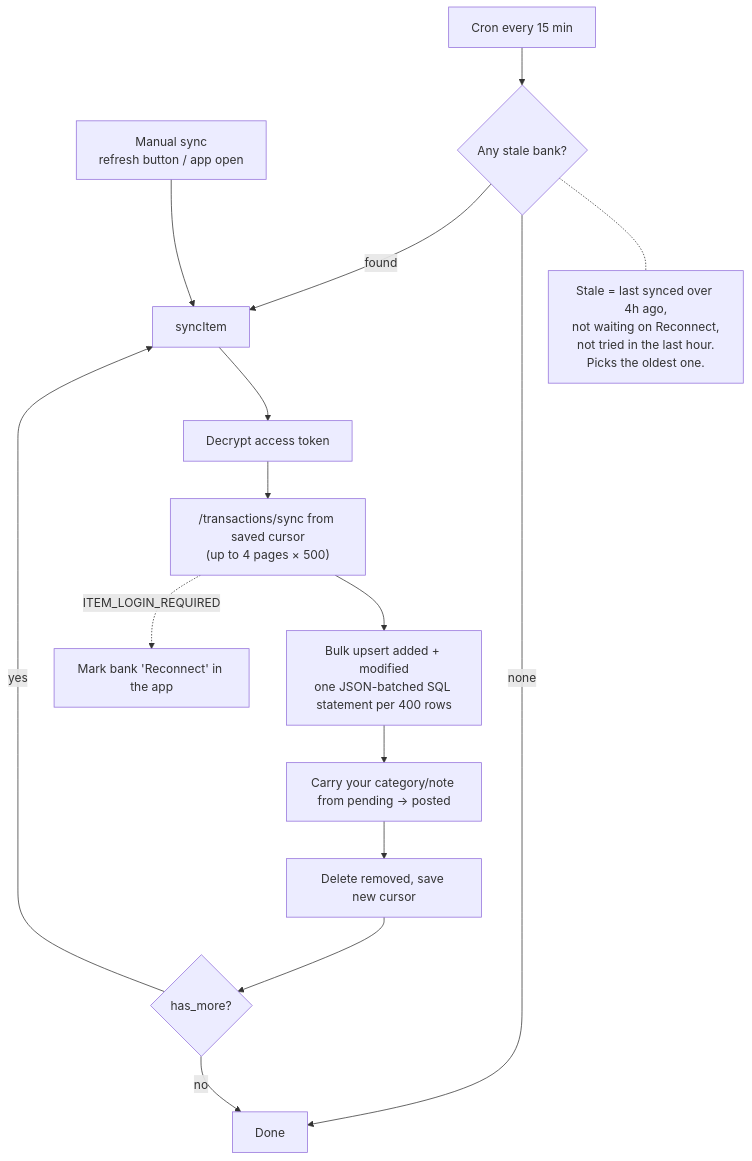
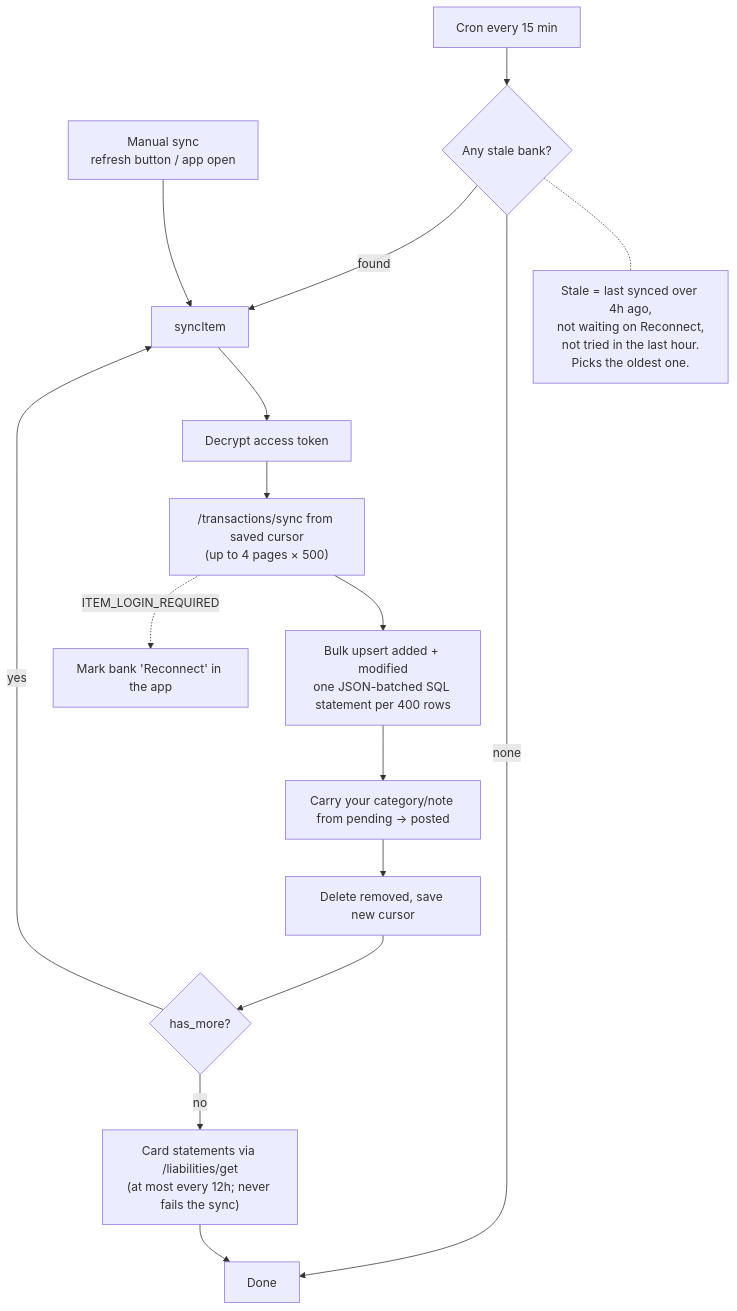
One commit to Paksh2909/Budget-Webapp changed the third of 4 diagrams in docs/ARCHITECTURE.md. Above: the diagram before and after it, drawn with Mermaid. The commit also changed other lines of this file and 23 other files, not shown here.

Commit message:
Bill coverage, card statements, tracked bills, adaptive recurring, forecast details, tappable pie chart

````diff
--- a/docs/ARCHITECTURE.md
+++ b/docs/ARCHITECTURE.md
@@ -78,17 +78,18 @@
 ```mermaid
 flowchart TD
     A[Manual sync<br/>refresh button / app open] --> C
     B[Cron every 15 min] --> S{Any stale bank?}
     S -.- N["Stale = last synced over 4h ago,<br/>not waiting on Reconnect,<br/>not tried in the last hour.<br/>Picks the oldest one."]
     S -- none --> Z[Done]
     S -- found --> C[syncItem]
     C --> D[Decrypt access token]
     D --> E["/transactions/sync from saved cursor<br/>(up to 4 pages × 500)"]
     E --> F[Bulk upsert added + modified<br/>one JSON-batched SQL statement per 400 rows]
     F --> G[Carry your category/note from pending → posted]
     G --> H[Delete removed, save new cursor]
     H --> I{has_more?}
     I -- yes --> C
-    I -- no --> Z
+    I -- no --> L["Card statements via /liabilities/get<br/>(at most every 12h; never fails the sync)"]
+    L --> Z
     E -. ITEM_LOGIN_REQUIRED .-> R[Mark bank 'Reconnect' in the app]
 ```
````
